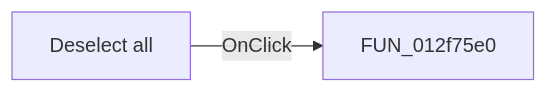
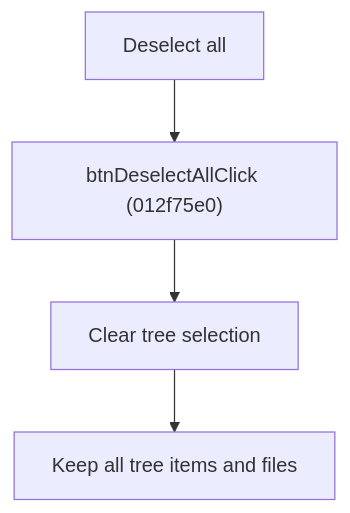
One commit to MovGP0/TIARA changed the diagram in docs/ui-controls/frmmodeltestbencheditor/btndeselectall-a8d9441b70.md. Above: the diagram before and after it, drawn with Mermaid. The commit also changed other lines of this file and 387 other files, not shown here.

````diff
--- a/docs/ui-controls/frmmodeltestbencheditor/btndeselectall-a8d9441b70.md
+++ b/docs/ui-controls/frmmodeltestbencheditor/btndeselectall-a8d9441b70.md
@@ -27,4 +28,6 @@
 ```mermaid
-flowchart LR
-    control["Deselect all"] -->|OnClick| handler["FUN_012f75e0"]
+flowchart TD
+    control["Deselect all"] --> handler["btnDeselectAllClick (012f75e0)"]
+    handler --> clear["Clear tree selection"]
+    clear --> done["Keep all tree items and files"]
 ```
````
